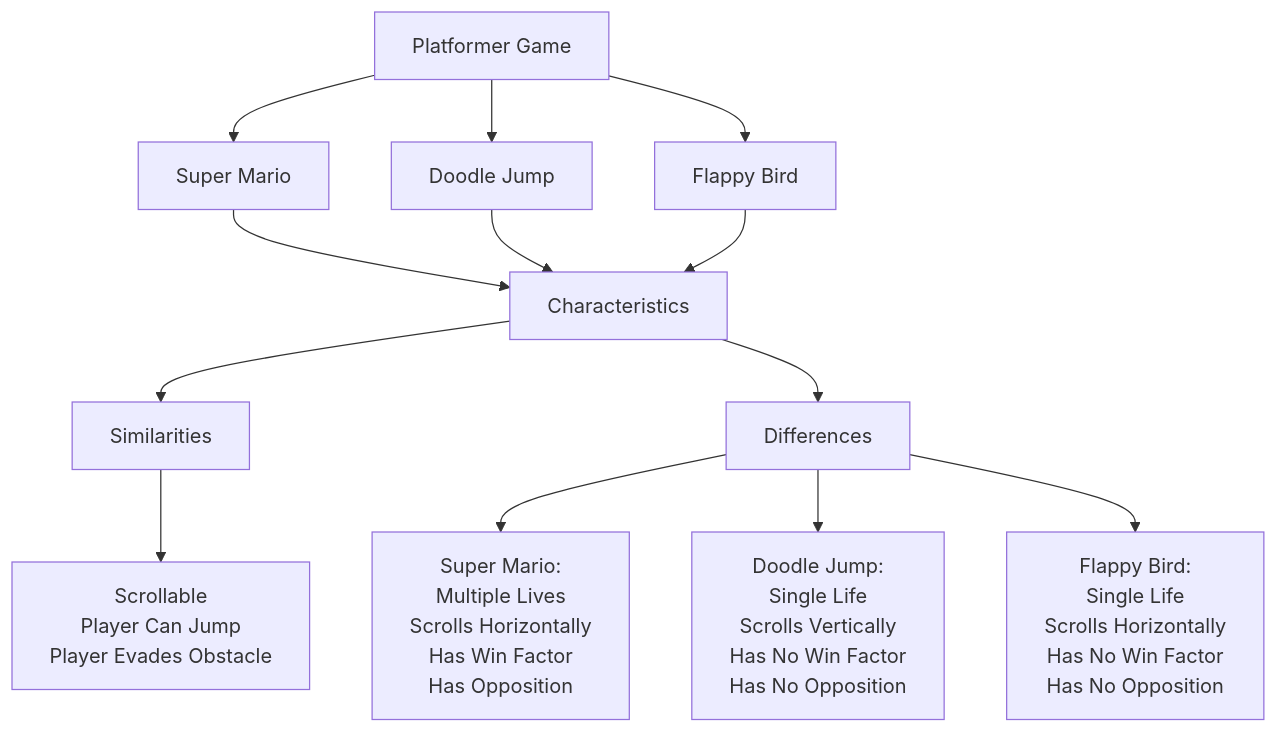
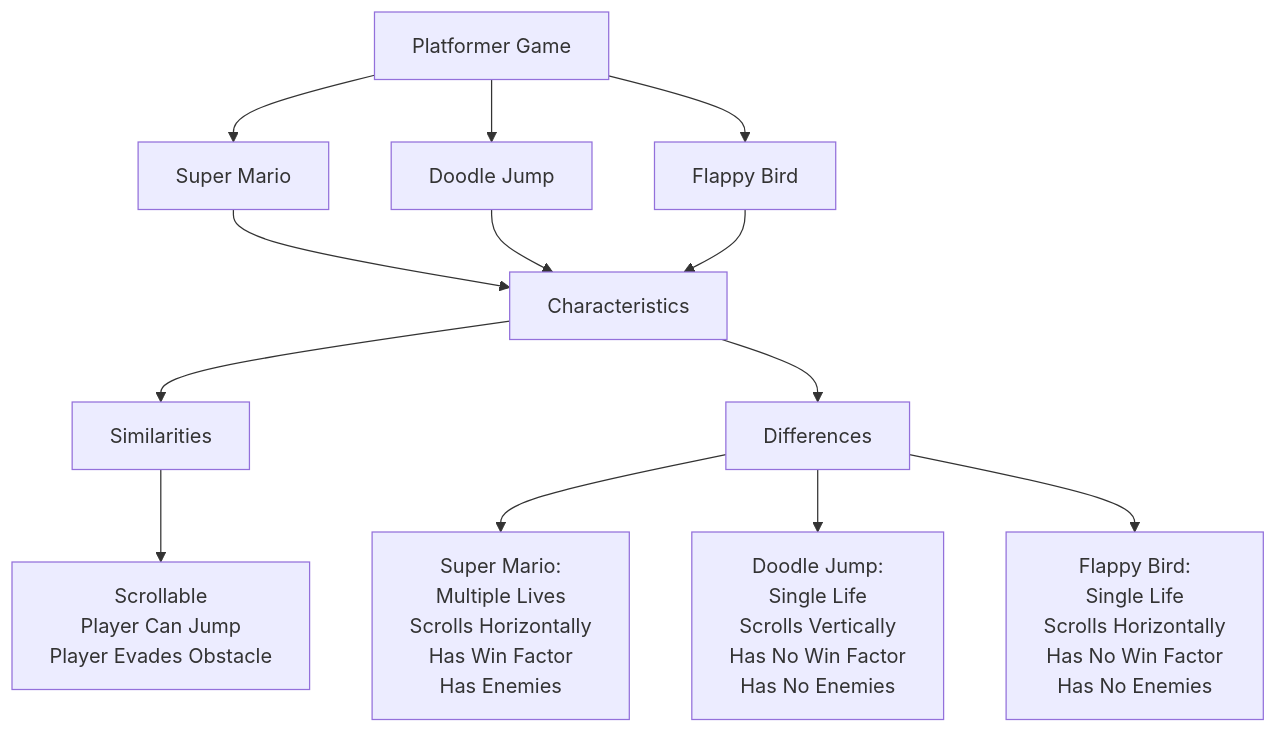
One commit to mgaray99/final_team02 changed the first of 2 diagrams in doc/presentation1/presentationFile.md. Above: the diagram before and after it, drawn with Mermaid. The commit also changed other lines of this file, not shown here.

````diff
--- a/doc/presentation1/presentationFile.md
+++ b/doc/presentation1/presentationFile.md
@@ -13,15 +13,15 @@
 ```mermaid
 graph TD;
 Platformer[Platformer Game]-->SuperMario[Super Mario]
 Platformer[Platformer Game]-->DoodleJump[Doodle Jump]
 Platformer[Platformer Game]-->FlappyBirds[Flappy Bird]
 SuperMario[Super Mario]-->Characteristics
 DoodleJump[Doodle Jump]-->Characteristics
 FlappyBirds[Flappy Bird]-->Characteristics
 Characteristics-->Similarities
 Characteristics-->Differences
 Similarities-->List[Scrollable<br/>Player Can Jump<br/>Player Evades Obstacle]
-Differences-->Mario[Super Mario:<br/>Multiple Lives<br/>Scrolls Horizontally<br/>Has Win Factor<br/>Has Opposition]
-Differences-->Doodle[Doodle Jump:<br/>Single Life<br/>Scrolls Vertically<br/>Has No Win Factor<br/>Has No Opposition]
-Differences-->Flappy[Flappy Bird:<br/>Single Life<br/>Scrolls Horizontally<br/>Has No Win Factor<br/>Has No Opposition]
+Differences-->Mario[Super Mario:<br/>Multiple Lives<br/>Scrolls Horizontally<br/>Has Win Factor<br/>Has Enemies]
+Differences-->Doodle[Doodle Jump:<br/>Single Life<br/>Scrolls Vertically<br/>Has No Win Factor<br/>Has No Enemies]
+Differences-->Flappy[Flappy Bird:<br/>Single Life<br/>Scrolls Horizontally<br/>Has No Win Factor<br/>Has No Enemies]
 ```
````
